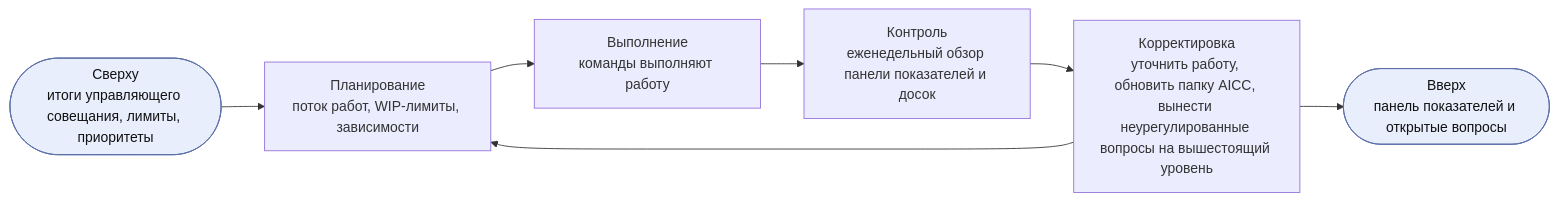
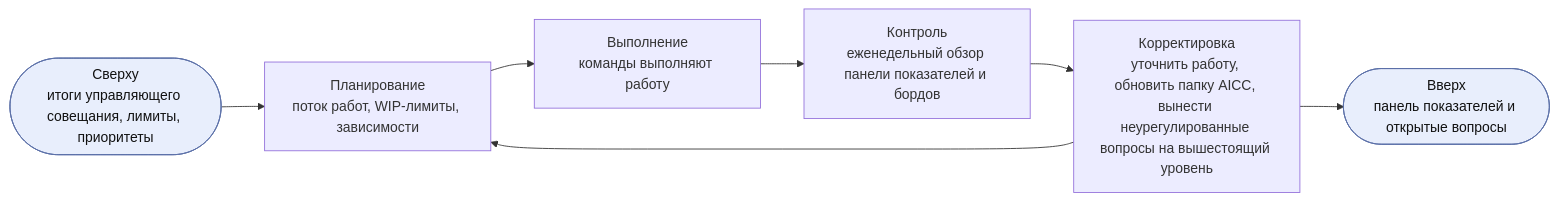
One commit to devhogu/ob-aicc changed the fifth of 8 diagrams in charter/ru/documents/operating-model.md. Above: the diagram before and after it, drawn with Mermaid. The commit also changed other lines of this file and 193 other files, not shown here.

First line of the commit message:
Russian edition: борды, рабочий цикл, пост-внедрение, поток НРВ, Контроль работы подразделения; AI Policy 6.1 limits Exceptions to exceptional cases

````diff
--- a/charter/ru/documents/operating-model.md
+++ b/charter/ru/documents/operating-model.md
@@ -224,7 +224,7 @@
 ```mermaid
 flowchart LR
   IN(["Сверху<br/>итоги управляющего совещания, лимиты, приоритеты"]):::iface --> P
-  P["Планирование<br/>поток работ, WIP-лимиты, зависимости"] --> D["Выполнение<br/>команды выполняют работу"] --> C["Контроль<br/>еженедельный обзор панели показателей и досок"] --> A["Корректировка<br/>уточнить работу, обновить папку AICC, вынести неурегулированные вопросы на вышестоящий уровень"] --> P
+  P["Планирование<br/>поток работ, WIP-лимиты, зависимости"] --> D["Выполнение<br/>команды выполняют работу"] --> C["Контроль<br/>еженедельный обзор панели показателей и бордов"] --> A["Корректировка<br/>уточнить работу, обновить папку AICC, вынести неурегулированные вопросы на вышестоящий уровень"] --> P
   A --> UP(["Вверх<br/>панель показателей и открытые вопросы"]):::iface
   classDef iface fill:#e8eefc,stroke:#5a6fa8,color:#111
 ```
````
